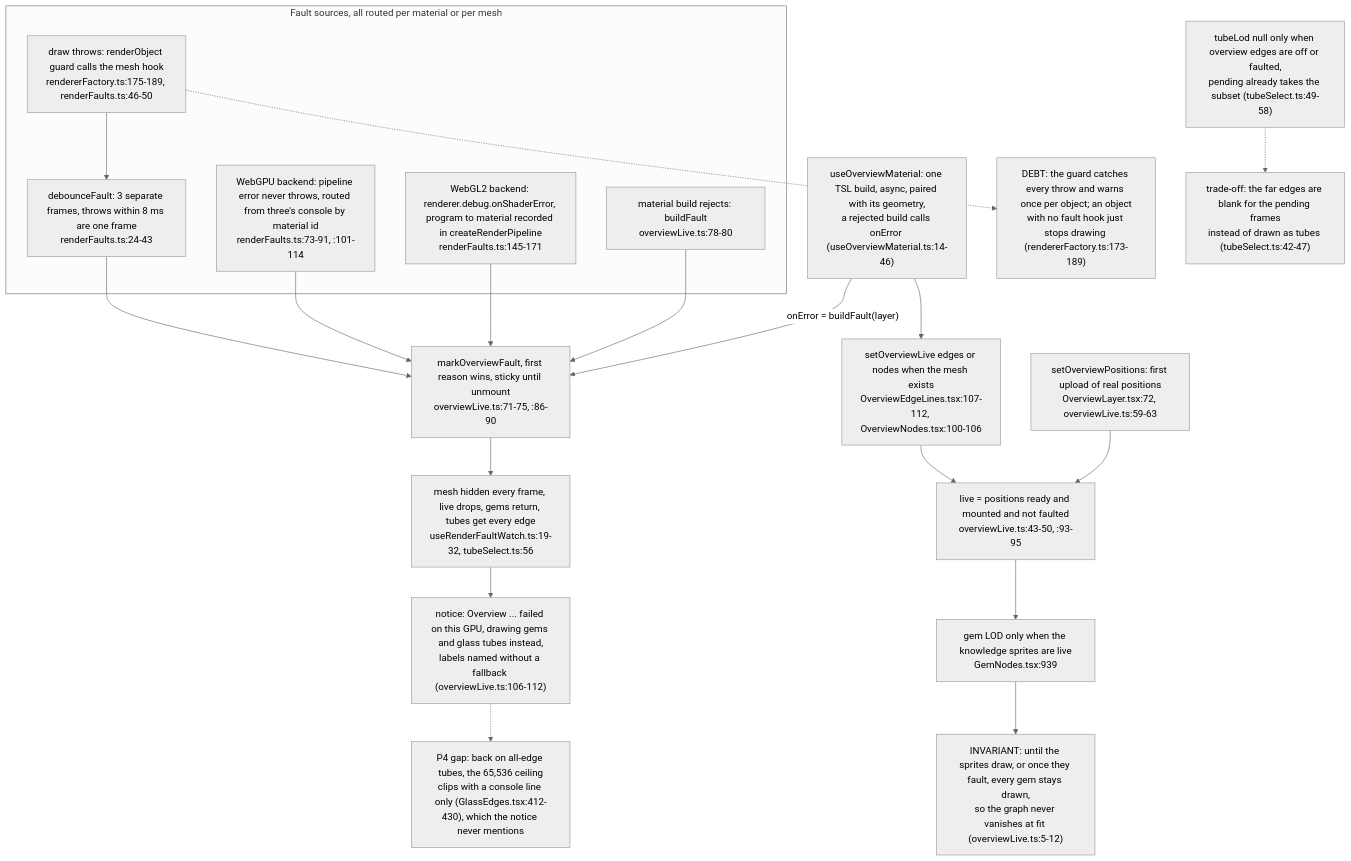
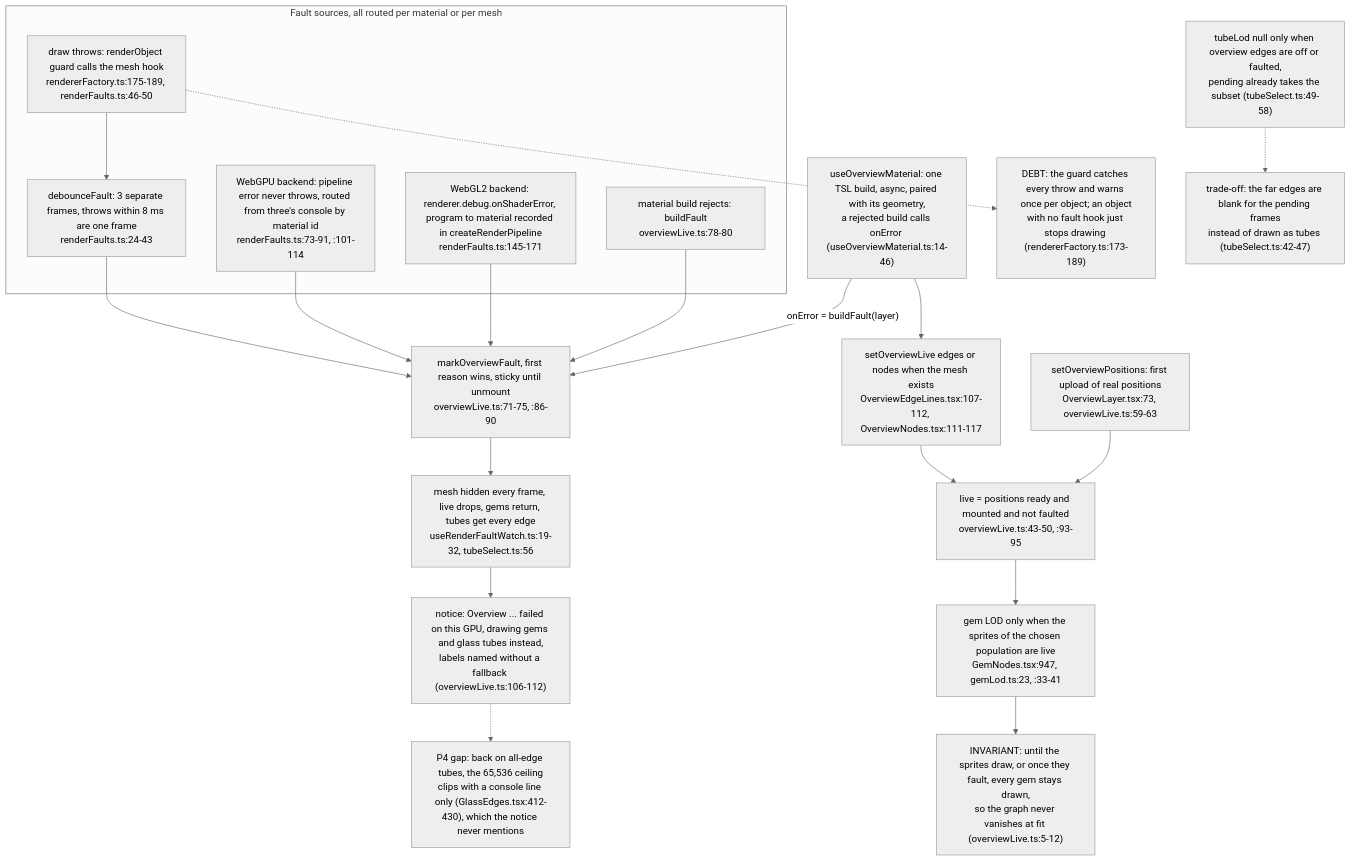
Diagram 14 of 15 in docs/diagrams/visionclaw/31-client-graph-render-pipeline.md (DreamLab-AI/VisionFlow), drawn with Mermaid (neutral theme) before and after one commit. The commit also changed other lines of this file and 49 other files, not shown here.

First line of the commit message:
docs(diagrams): re-derive and re-stamp VisionClaw, estate, knowledge-graph, visionGraph, VisionFlow and sidestr topics

````diff
--- a/docs/diagrams/visionclaw/31-client-graph-render-pipeline.md
+++ b/docs/diagrams/visionclaw/31-client-graph-render-pipeline.md
@@ -743,27 +743,27 @@
 ```mermaid
 flowchart TB
     MB["useOverviewMaterial: one TSL build, async, paired with its geometry,<br/>a rejected build calls onError (useOverviewMaterial.ts:14-46)"]
     MB -->|"onError = buildFault(layer)"| MARK
-    MB --> LIVE["setOverviewLive edges or nodes when the mesh exists<br/>OverviewEdgeLines.tsx:107-112, OverviewNodes.tsx:100-106"]
-    POS["setOverviewPositions: first upload of real positions<br/>OverviewLayer.tsx:72, overviewLive.ts:59-63"] --> STATE
+    MB --> LIVE["setOverviewLive edges or nodes when the mesh exists<br/>OverviewEdgeLines.tsx:107-112, OverviewNodes.tsx:111-117"]
+    POS["setOverviewPositions: first upload of real positions<br/>OverviewLayer.tsx:73, overviewLive.ts:59-63"] --> STATE
     LIVE --> STATE["live = positions ready and mounted and not faulted<br/>overviewLive.ts:43-50, :93-95"]
-    STATE --> GEMS["gem LOD only when the knowledge sprites are live<br/>GemNodes.tsx:939"]
+    STATE --> GEMS["gem LOD only when the sprites of the chosen population are live<br/>GemNodes.tsx:947, gemLod.ts:23, :33-41"]
     TUBES["tubeLod null only when overview edges are off or faulted,<br/>pending already takes the subset (tubeSelect.ts:49-58)"]
     GEMS --> INV["INVARIANT: until the sprites draw, or once they fault, every gem stays drawn,<br/>so the graph never vanishes at fit (overviewLive.ts:5-12)"]
     subgraph F["Fault sources, all routed per material or per mesh"]
         G1["draw throws: renderObject guard calls the mesh hook<br/>rendererFactory.ts:175-189, renderFaults.ts:46-50"]
         G1 --> DEB["debounceFault: 3 separate frames, throws within 8 ms are one frame<br/>renderFaults.ts:24-43"]
         G2["WebGPU backend: pipeline error never throws, routed from three's console by material id<br/>renderFaults.ts:73-91, :101-114"]
         G3["WebGL2 backend: renderer.debug.onShaderError, program to material recorded in createRenderPipeline<br/>renderFaults.ts:145-171"]
         G4["material build rejects: buildFault<br/>overviewLive.ts:78-80"]
     end
     DEB --> MARK["markOverviewFault, first reason wins, sticky until unmount<br/>overviewLive.ts:71-75, :86-90"]
     G2 --> MARK
     G3 --> MARK
     G4 --> MARK
     MARK --> HIDE["mesh hidden every frame, live drops, gems return, tubes get every edge<br/>useRenderFaultWatch.ts:19-32, tubeSelect.ts:56"]
     HIDE --> TXT["notice: Overview ... failed on this GPU, drawing gems and glass tubes instead,<br/>labels named without a fallback (overviewLive.ts:106-112)"]
     G1 -.-> D1["DEBT: the guard catches every throw and warns once per object; an object<br/>with no fault hook just stops drawing (rendererFactory.ts:173-189)"]
     TXT -.-> T1["P4 gap: back on all-edge tubes, the 65,536 ceiling<br/>clips with a console line only (GlassEdges.tsx:412-430), which the notice never mentions"]
     TUBES -.-> TR["trade-off: the far edges are blank for the pending frames<br/>instead of drawn as tubes (tubeSelect.ts:42-47)"]
 ```
````
